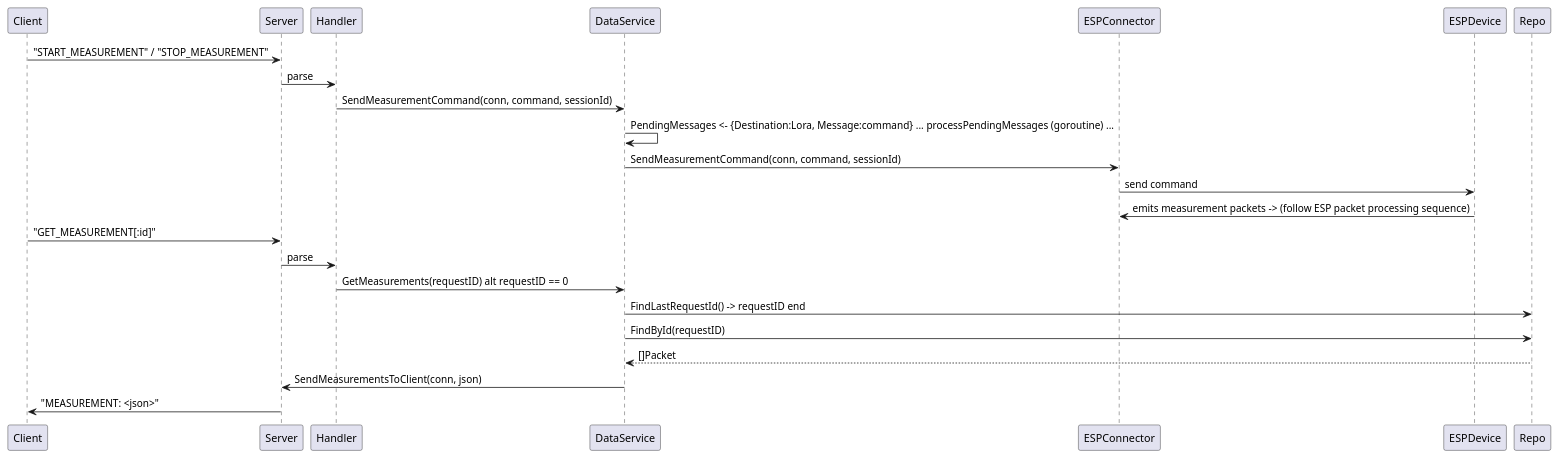
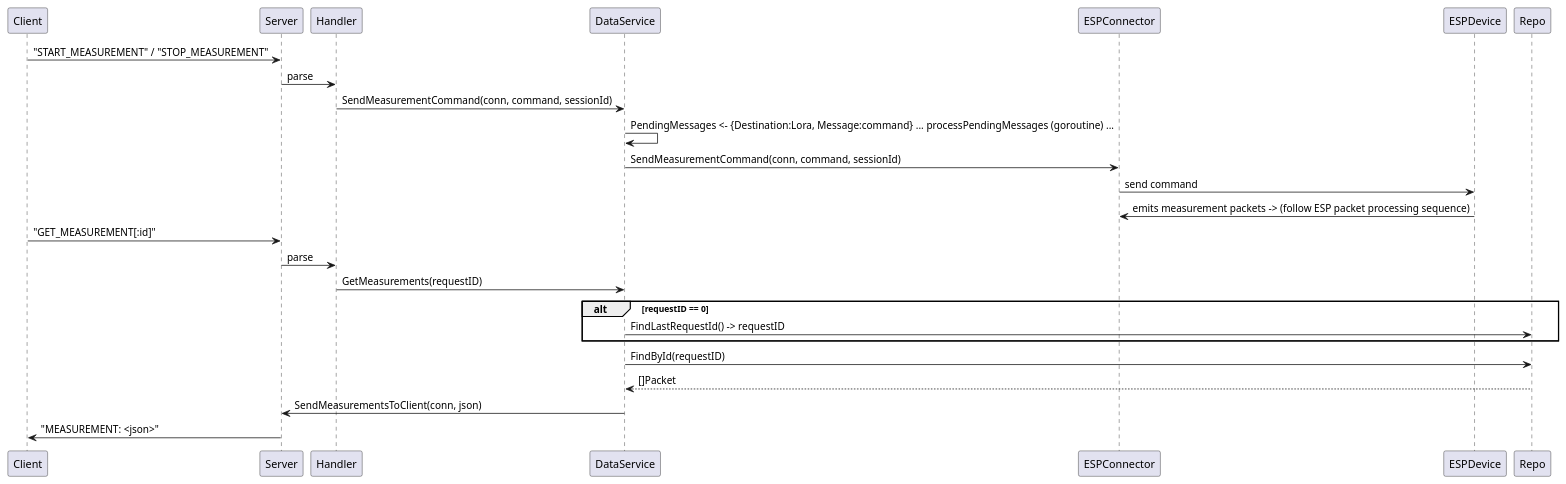
Before and after one commit to RedBlackHoodie/GsmLoraServer: the diagram in doc/meas.puml, drawn with PlantUML. The commit also changed 5 other files, not shown here.

```diff
--- a/doc/meas.puml
+++ b/doc/meas.puml
@@ -1,19 +1,21 @@
 @startuml title Start/Stop measurement and GET_MEASUREMENT actor Client participant "Server" as Server participant "Handler" as Handler participant "DataService" as DataService participant "ESPConnector" as ESPConnector participant "PostgresRepo" as Repo
 
 Client -> Server: "START_MEASUREMENT" / "STOP_MEASUREMENT"
 Server -> Handler: parse
 Handler -> DataService: SendMeasurementCommand(conn, command, sessionId)
 DataService -> DataService: PendingMessages <- {Destination:Lora, Message:command} ... processPendingMessages (goroutine) ...
 DataService -> ESPConnector: SendMeasurementCommand(conn, command, sessionId)
 ESPConnector -> ESPDevice: send command
 ESPDevice -> ESPConnector: emits measurement packets -> (follow ESP packet processing sequence)
 
 Client -> Server: "GET_MEASUREMENT[:id]"
 Server -> Handler: parse
-Handler -> DataService: GetMeasurements(requestID) alt requestID == 0
-DataService -> Repo: FindLastRequestId() -> requestID end
+Handler -> DataService: GetMeasurements(requestID)
+alt requestID == 0
+DataService -> Repo: FindLastRequestId() -> requestID
+end
 DataService -> Repo: FindById(requestID)
 Repo --> DataService: []Packet
 DataService -> Server: SendMeasurementsToClient(conn, json)
 Server -> Client: "MEASUREMENT: <json>"
 @enduml
```
